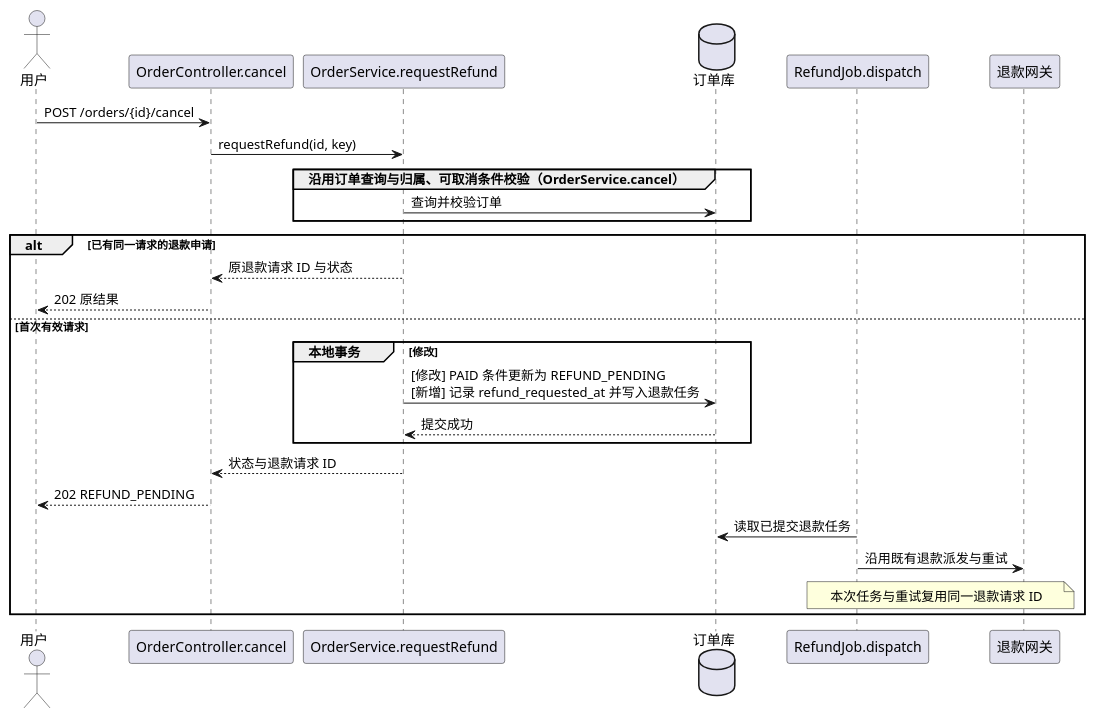
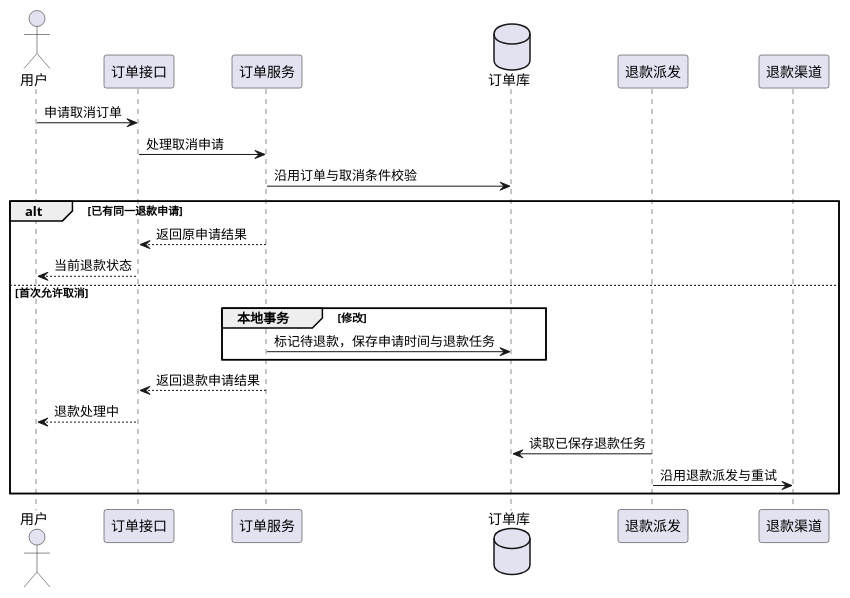
Before and after one commit to Leeycw96/harness-project: the second of 2 diagrams in keel-plan/skills/keel-plan/assets/plan-template.features/cancel-order.md, drawn with PlantUML. The commit also changed other lines of this file and 15 other files, not shown here.

Commit message:
spec: 精简验收报告与业务图表表达

````diff
--- a/keel-plan/skills/keel-plan/assets/plan-template.features/cancel-order.md
+++ b/keel-plan/skills/keel-plan/assets/plan-template.features/cancel-order.md
@@ -30,31 +30,25 @@
 ```plantuml
 @startuml
 actor 用户
-participant "OrderController.cancel" as API
-participant "OrderService.requestRefund" as Service
+participant 订单接口 as API
+participant 订单服务 as Service
 database 订单库 as DB
-participant "RefundJob.dispatch" as Job
-participant 退款网关 as Gateway
-用户 -> API : POST /orders/{id}/cancel
-API -> Service : requestRefund(id, key)
-group 沿用订单查询与归属、可取消条件校验（OrderService.cancel）
-Service -> DB : 查询并校验订单
+participant 退款派发 as Job
+participant 退款渠道 as Gateway
+用户 -> API : 申请取消订单
+API -> Service : 处理取消申请
+Service -> DB : 沿用订单与取消条件校验
+alt 已有同一退款申请
+  Service --> API : 返回原申请结果
+  API --> 用户 : 当前退款状态
+else 首次允许取消
+group 本地事务 [修改]
+  Service -> DB : 标记待退款，保存申请时间与退款任务
 end
-alt 已有同一请求的退款申请
-Service --> API : 原退款请求 ID 与状态
-API --> 用户 : 202 原结果
-else 首次有效请求
-group 本地事务 [修改]
-Service -> DB : [修改] PAID 条件更新为 REFUND_PENDING\n[新增] 记录 refund_requested_at 并写入退款任务
-DB --> Service : 提交成功
-end
-Service --> API : 状态与退款请求 ID
-API --> 用户 : 202 REFUND_PENDING
-Job -> DB : 读取已提交退款任务
-Job -> Gateway : 沿用既有退款派发与重试
-note over Job,Gateway
-本次任务与重试复用同一退款请求 ID
-end note
+  Service --> API : 返回退款申请结果
+  API --> 用户 : 退款处理中
+  Job -> DB : 读取已保存退款任务
+  Job -> Gateway : 沿用退款派发与重试
 end
 @enduml
 ```
````
